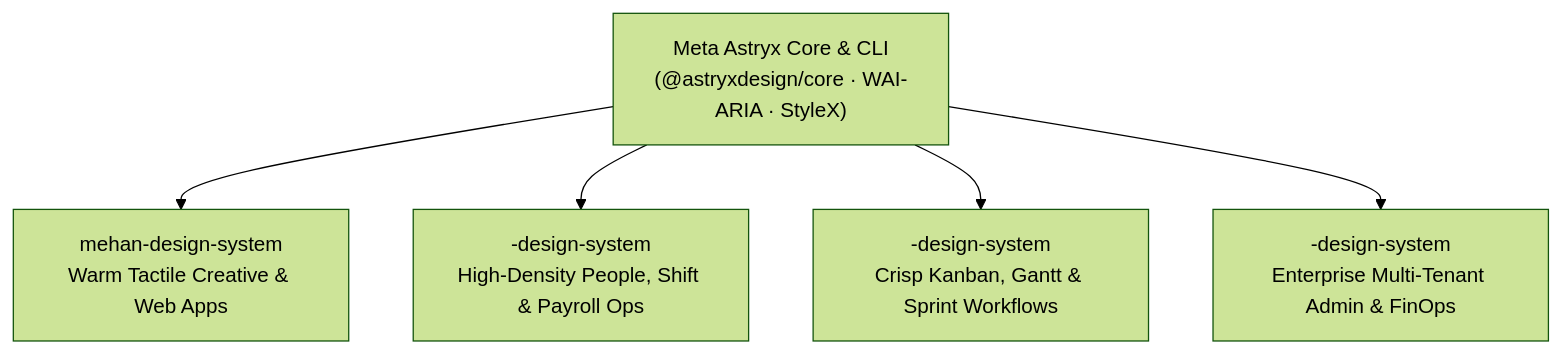
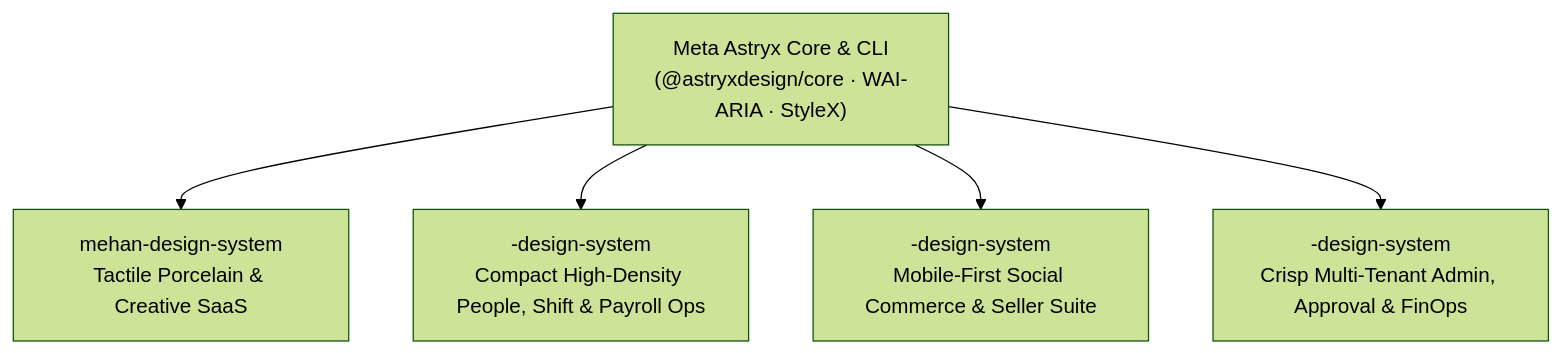
Before and after one commit to alamehan/mehan-design-system: the diagram in docs/DESIGN-SYSTEM-REPLICATION-PLAYBOOK.md, drawn with Mermaid (forest theme). The commit also changed other lines of this file and 8 other files, not shown here.

````diff
--- a/docs/DESIGN-SYSTEM-REPLICATION-PLAYBOOK.md
+++ b/docs/DESIGN-SYSTEM-REPLICATION-PLAYBOOK.md
@@ -22,8 +20,8 @@
 ```mermaid
 flowchart TB
   core["Meta Astryx Core & CLI<br/>(@astryxdesign/core · WAI-ARIA · StyleX)"]
-  core --> mehan["mehan-design-system<br/>Warm Tactile Creative & Web Apps"]
-  core --> hris["<hris>-design-system<br/>High-Density People, Shift & Payroll Ops"]
-  core --> pm["<pm>-design-system<br/>Crisp Kanban, Gantt & Sprint Workflows"]
-  core --> saas["<saas>-design-system<br/>Enterprise Multi-Tenant Admin & FinOps"]
+  core --> ds1["mehan-design-system<br/>Tactile Porcelain & Creative SaaS"]
+  core --> ds2["<hris>-design-system<br/>Compact High-Density People, Shift & Payroll Ops"]
+  core --> ds3["<commerce>-design-system<br/>Mobile-First Social Commerce & Seller Suite"]
+  core --> ds4["<enterprise>-design-system<br/>Crisp Multi-Tenant Admin, Approval & FinOps"]
 ```
````
